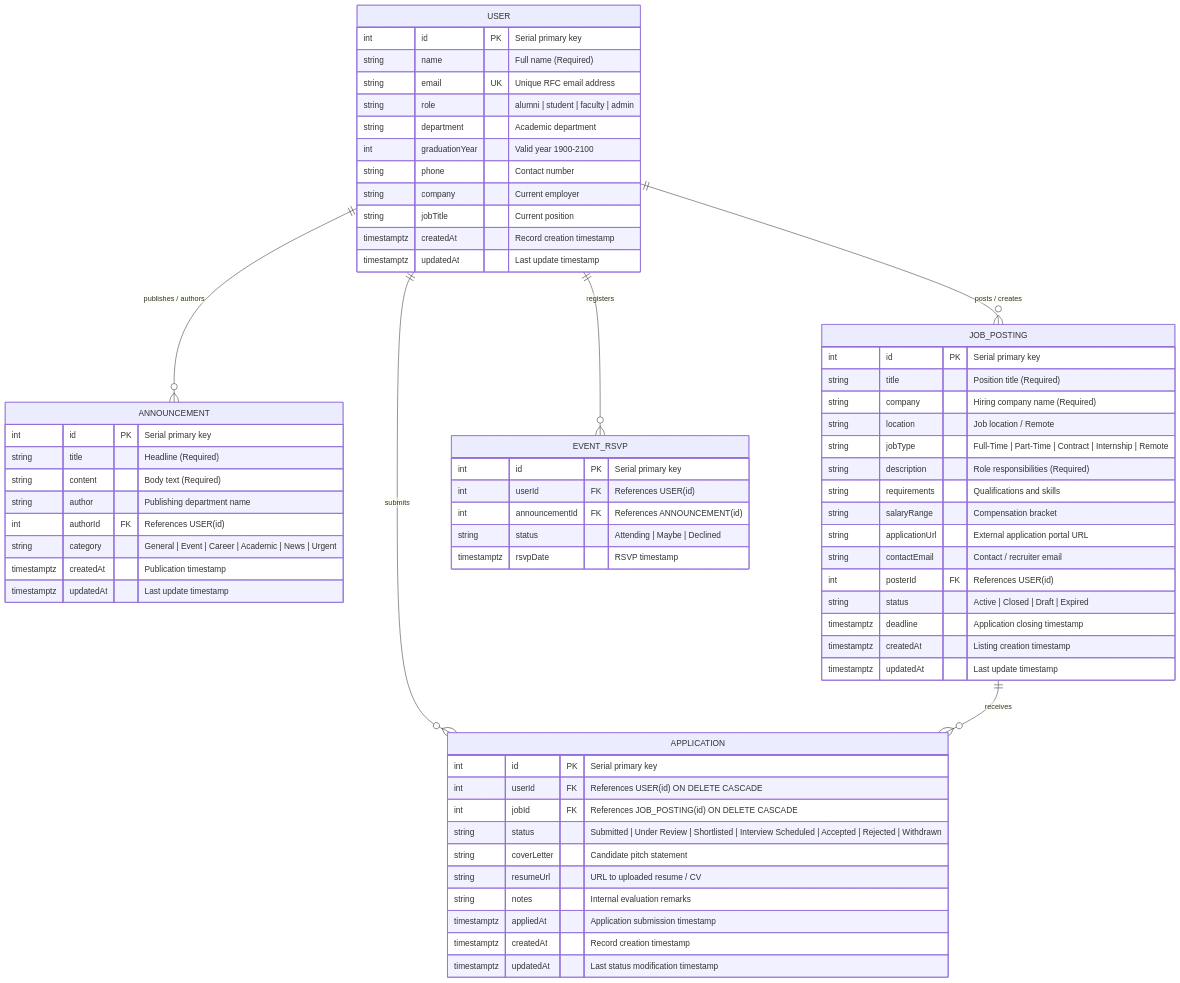
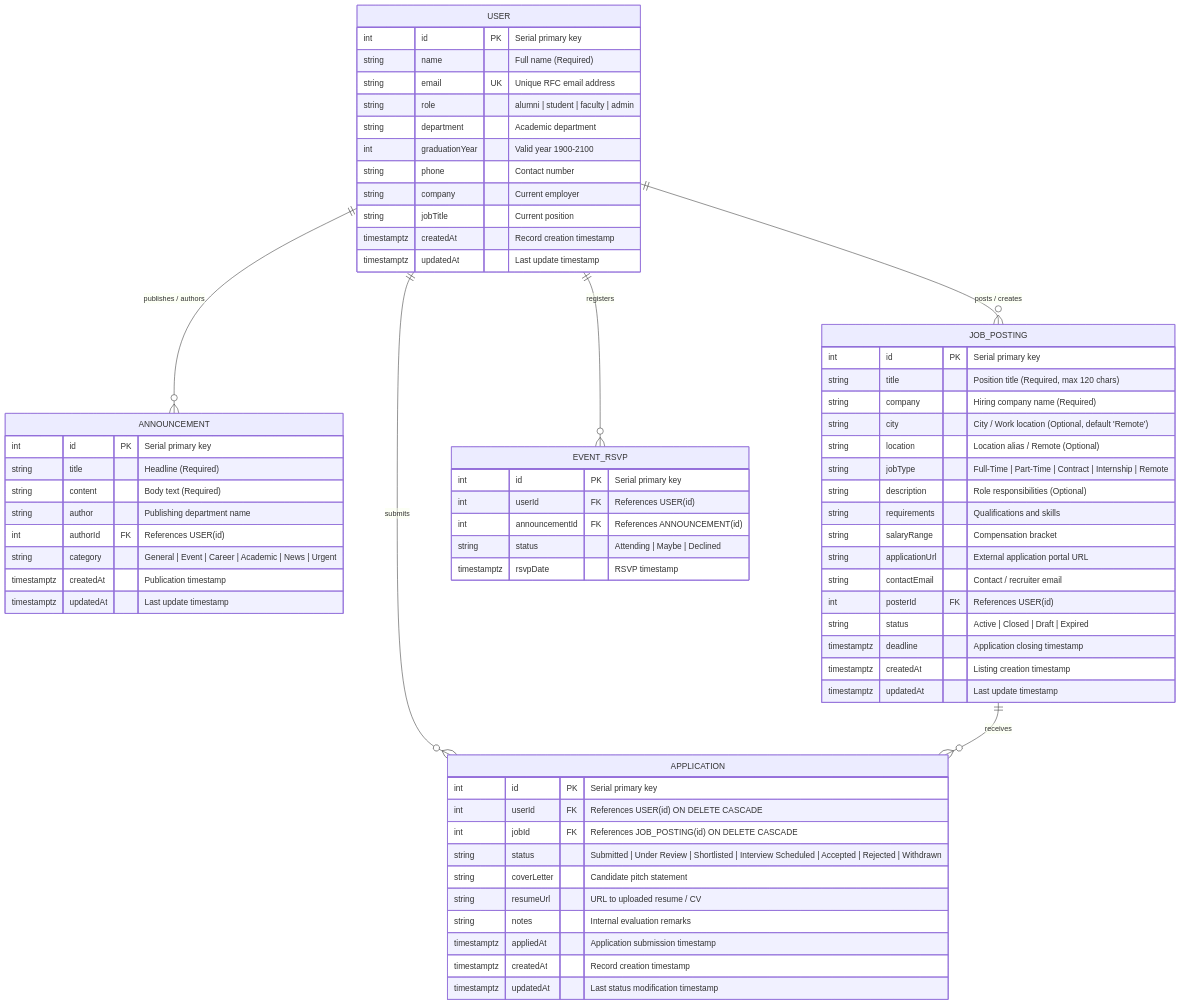
The diagram in docs/ddd.md (zhevadpal-dev/Alumni), drawn with Mermaid before and after one commit. The commit also changed other lines of this file, not shown here.

Commit message:
docs: update ddd.md with job posting validation rules (title required max 120 chars, company required, city and description optional)

````diff
--- a/docs/ddd.md
+++ b/docs/ddd.md
@@ -163,72 +163,73 @@
 ```mermaid
 erDiagram
     USER ||--o{ ANNOUNCEMENT : "publishes / authors"
     USER ||--o{ JOB_POSTING : "posts / creates"
     USER ||--o{ APPLICATION : "submits"
     JOB_POSTING ||--o{ APPLICATION : "receives"
     USER ||--o{ EVENT_RSVP : "registers"
 
     USER {
         int id PK "Serial primary key"
         string name "Full name (Required)"
         string email UK "Unique RFC email address"
         string role "alumni | student | faculty | admin"
         string department "Academic department"
         int graduationYear "Valid year 1900-2100"
         string phone "Contact number"
         string company "Current employer"
         string jobTitle "Current position"
         timestamptz createdAt "Record creation timestamp"
         timestamptz updatedAt "Last update timestamp"
     }
 
     ANNOUNCEMENT {
         int id PK "Serial primary key"
         string title "Headline (Required)"
         string content "Body text (Required)"
         string author "Publishing department name"
         int authorId FK "References USER(id)"
         string category "General | Event | Career | Academic | News | Urgent"
         timestamptz createdAt "Publication timestamp"
         timestamptz updatedAt "Last update timestamp"
     }
 
     JOB_POSTING {
         int id PK "Serial primary key"
-        string title "Position title (Required)"
+        string title "Position title (Required, max 120 chars)"
         string company "Hiring company name (Required)"
-        string location "Job location / Remote"
+        string city "City / Work location (Optional, default 'Remote')"
+        string location "Location alias / Remote (Optional)"
         string jobType "Full-Time | Part-Time | Contract | Internship | Remote"
-        string description "Role responsibilities (Required)"
+        string description "Role responsibilities (Optional)"
         string requirements "Qualifications and skills"
         string salaryRange "Compensation bracket"
         string applicationUrl "External application portal URL"
         string contactEmail "Contact / recruiter email"
         int posterId FK "References USER(id)"
         string status "Active | Closed | Draft | Expired"
         timestamptz deadline "Application closing timestamp"
         timestamptz createdAt "Listing creation timestamp"
         timestamptz updatedAt "Last update timestamp"
     }
 
     APPLICATION {
         int id PK "Serial primary key"
         int userId FK "References USER(id) ON DELETE CASCADE"
         int jobId FK "References JOB_POSTING(id) ON DELETE CASCADE"
         string status "Submitted | Under Review | Shortlisted | Interview Scheduled | Accepted | Rejected | Withdrawn"
         string coverLetter "Candidate pitch statement"
         string resumeUrl "URL to uploaded resume / CV"
         string notes "Internal evaluation remarks"
         timestamptz appliedAt "Application submission timestamp"
         timestamptz createdAt "Record creation timestamp"
         timestamptz updatedAt "Last status modification timestamp"
     }
 
     EVENT_RSVP {
         int id PK "Serial primary key"
         int userId FK "References USER(id)"
         int announcementId FK "References ANNOUNCEMENT(id)"
         string status "Attending | Maybe | Declined"
         timestamptz rsvpDate "RSVP timestamp"
     }
 ```
````
